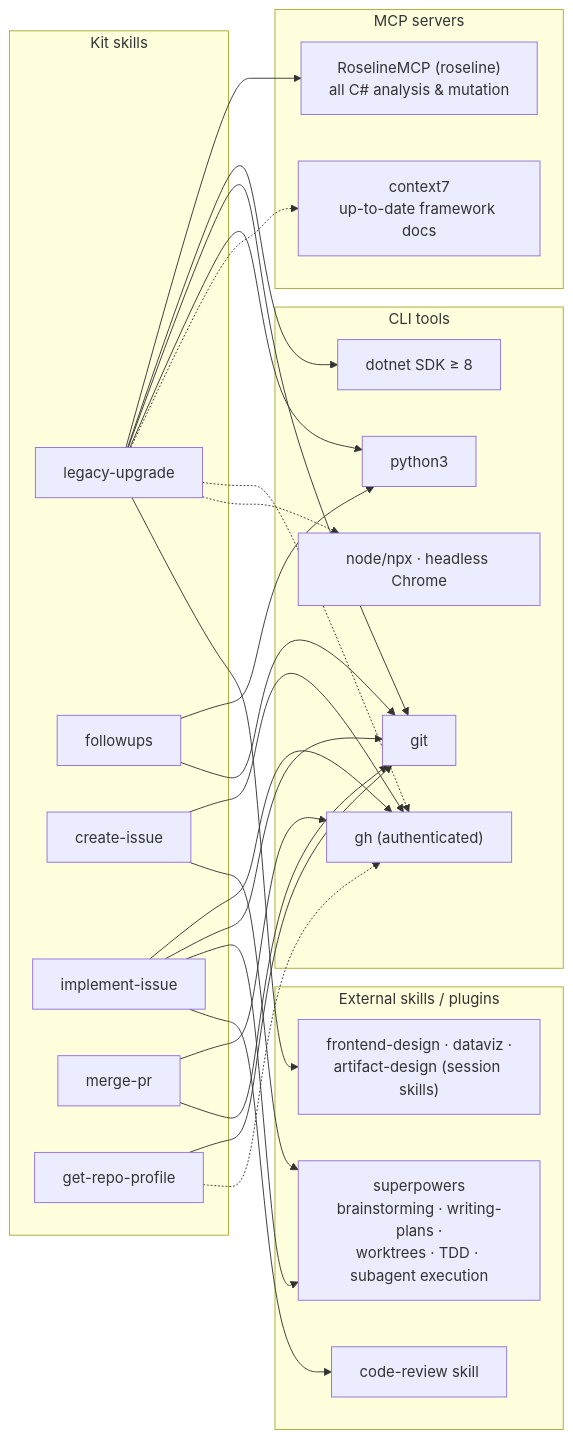
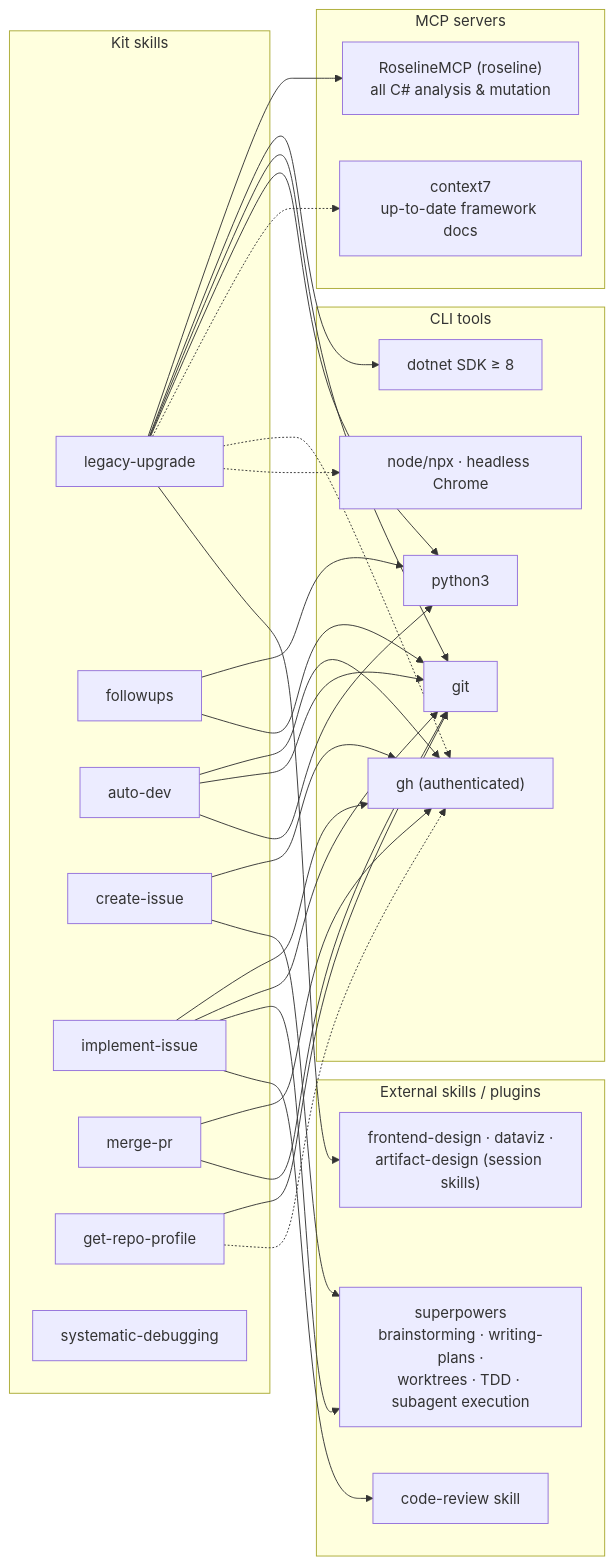
Before and after one commit to phmatray/ai-migration-kit: the second of 2 diagrams in ARCHITECTURE.md, drawn with Mermaid. The commit also changed other lines of this file and 21 other files, not shown here.

First line of the commit message:
feat(skills): add the auto-dev fleet supervisor and systematic-debugging (#173)

````diff
--- a/ARCHITECTURE.md
+++ b/ARCHITECTURE.md
@@ -65,56 +73,62 @@
 ```mermaid
 graph LR
     subgraph skills ["Kit skills"]
         LU[legacy-upgrade]
         FU[followups]
+        AD[auto-dev]
         CI[create-issue]
         II[implement-issue]
         MP[merge-pr]
         RP[get-repo-profile]
+        SD[systematic-debugging]
     end
 
     subgraph mcp ["MCP servers"]
         ROS["RoselineMCP (roseline)<br>all C# analysis & mutation"]
         C7["context7<br>up-to-date framework docs"]
     end
 
     subgraph ext ["External skills / plugins"]
         SP["superpowers<br>brainstorming · writing-plans ·<br>worktrees · TDD · subagent execution"]
         CR["code-review skill"]
         FD["frontend-design · dataviz ·<br>artifact-design (session skills)"]
     end
 
     subgraph tools ["CLI tools"]
         GH["gh (authenticated)"]
         DN["dotnet SDK ≥ 8"]
         PY["python3"]
         GIT["git"]
         NODE["node/npx · headless Chrome"]
     end
 
     LU --> ROS
     LU --> DN
     LU --> GIT
     LU --> PY
     LU -.-> C7
     LU -.-> GH
     LU -.-> NODE
     LU --> FD
 
     FU --> PY
     FU --> GIT
 
     CI --> GH
     CI --> SP
 
     II --> GH
     II --> GIT
     II --> SP
     II --> CR
 
     MP --> GH
     MP --> GIT
 
     RP --> GIT
     RP -.-> GH
+
+    AD --> GH
+    AD --> GIT
+    AD --> PY
 ```
````
